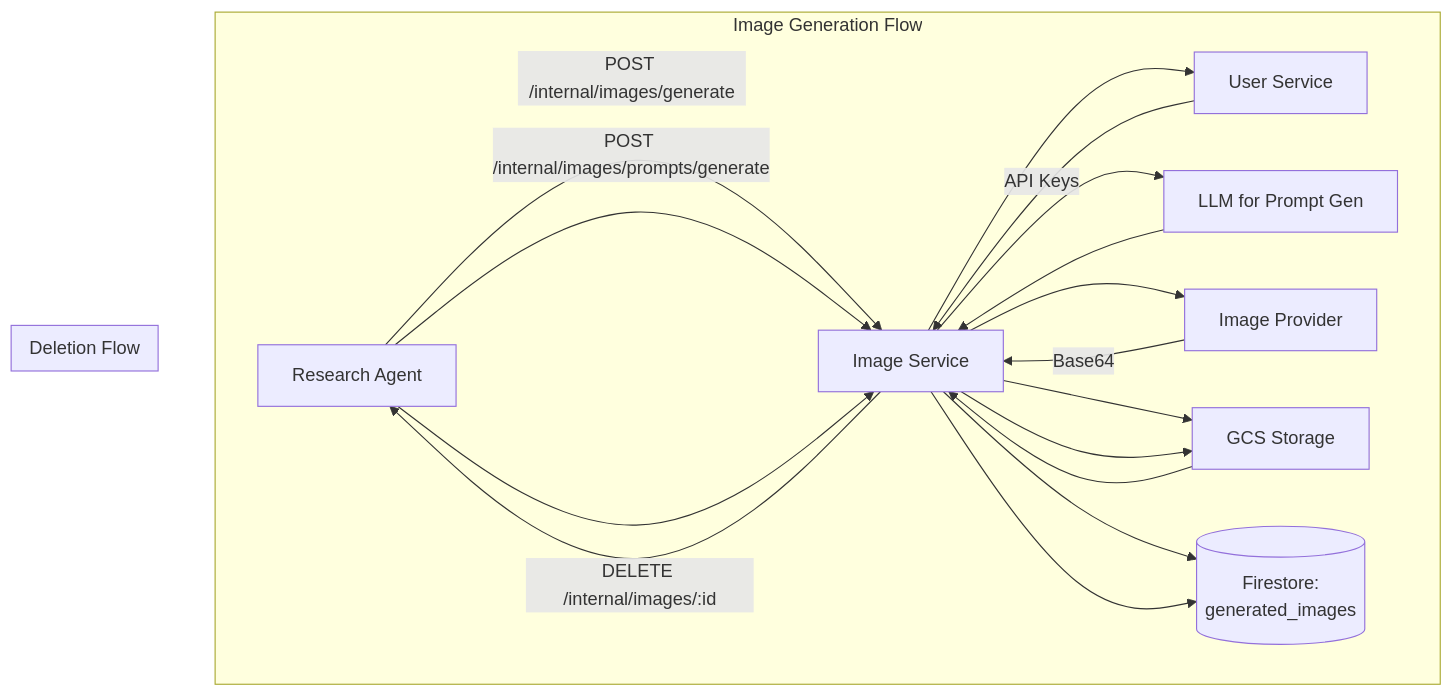
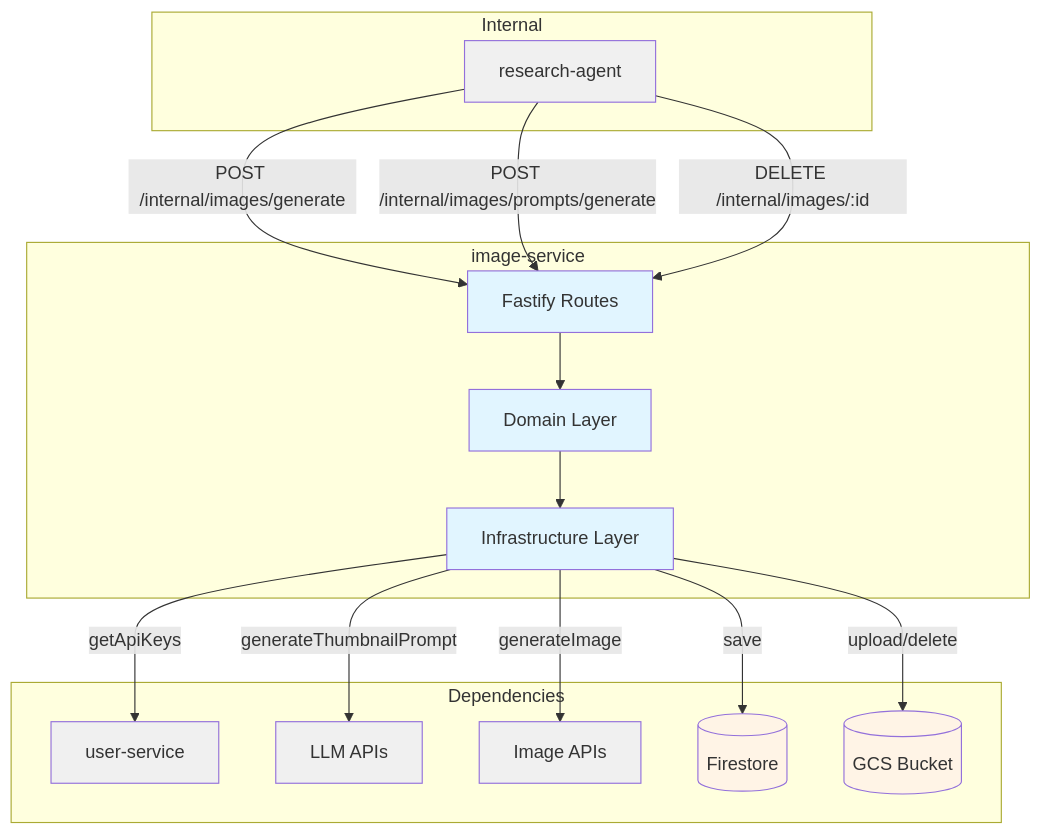
Before and after one commit to pbuchman/praxos: the first of 2 diagrams in docs/services/image-service/technical.md, drawn with Mermaid. The commit also changed other lines of this file and 47 other files, not shown here.

````diff
--- a/docs/services/image-service/technical.md
+++ b/docs/services/image-service/technical.md
@@ -9,28 +9,41 @@
 ```mermaid
 graph TB
-    subgraph "Image Generation Flow"
-        Caller[Research Agent] -->|POST /internal/images/generate| IS[Image Service]
-        Caller -->|POST /internal/images/prompts/generate| IS
-
-        IS --> US[User Service]
-        US -->|API Keys| IS
-
-        IS --> LLM[LLM for Prompt Gen]
-        LLM --> IS
-
-        IS --> IMG[Image Provider]
-        IMG -->|Base64| IS
-
-        IS --> GCS[GCS Storage]
-        GCS --> IS
-
-        IS --> FS[(Firestore:<br/>generated_images)]
-        IS --> Caller
+    subgraph "Internal"
+        Caller[research-agent]
     end
 
-    subgraph "Deletion Flow"
-        Caller -->|DELETE /internal/images/:id| IS
-        IS --> GCS
-        IS --> FS
+    subgraph "image-service"
+        API[Fastify Routes]
+        Domain[Domain Layer]
+        Infra[Infrastructure Layer]
     end
+
+    subgraph "Dependencies"
+        UserSvc[user-service]
+        LLM[LLM APIs]
+        ImgGen[Image APIs]
+        Firestore[(Firestore)]
+        GCS[(GCS Bucket)]
+    end
+
+    Caller -->|POST /internal/images/generate| API
+    Caller -->|POST /internal/images/prompts/generate| API
+    Caller -->|DELETE /internal/images/:id| API
+
+    API --> Domain
+    Domain --> Infra
+
+    Infra -->|getApiKeys| UserSvc
+    Infra -->|generateThumbnailPrompt| LLM
+    Infra -->|generateImage| ImgGen
+    Infra -->|save| Firestore
+    Infra -->|upload/delete| GCS
+
+    classDef service fill:#e1f5ff
+    classDef storage fill:#fff4e6
+    classDef external fill:#f0f0f0
+
+    class API,Domain,Infra service
+    class Firestore,GCS storage
+    class Caller,UserSvc,LLM,ImgGen external
 ```
````
